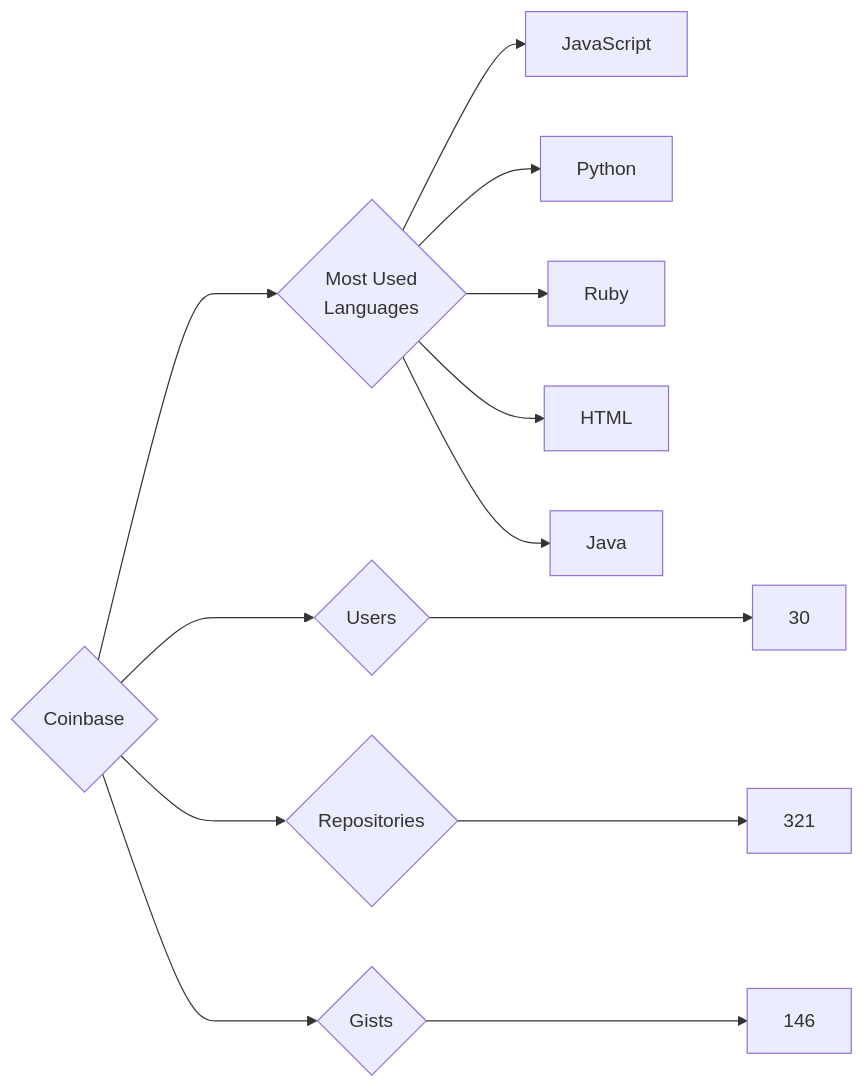
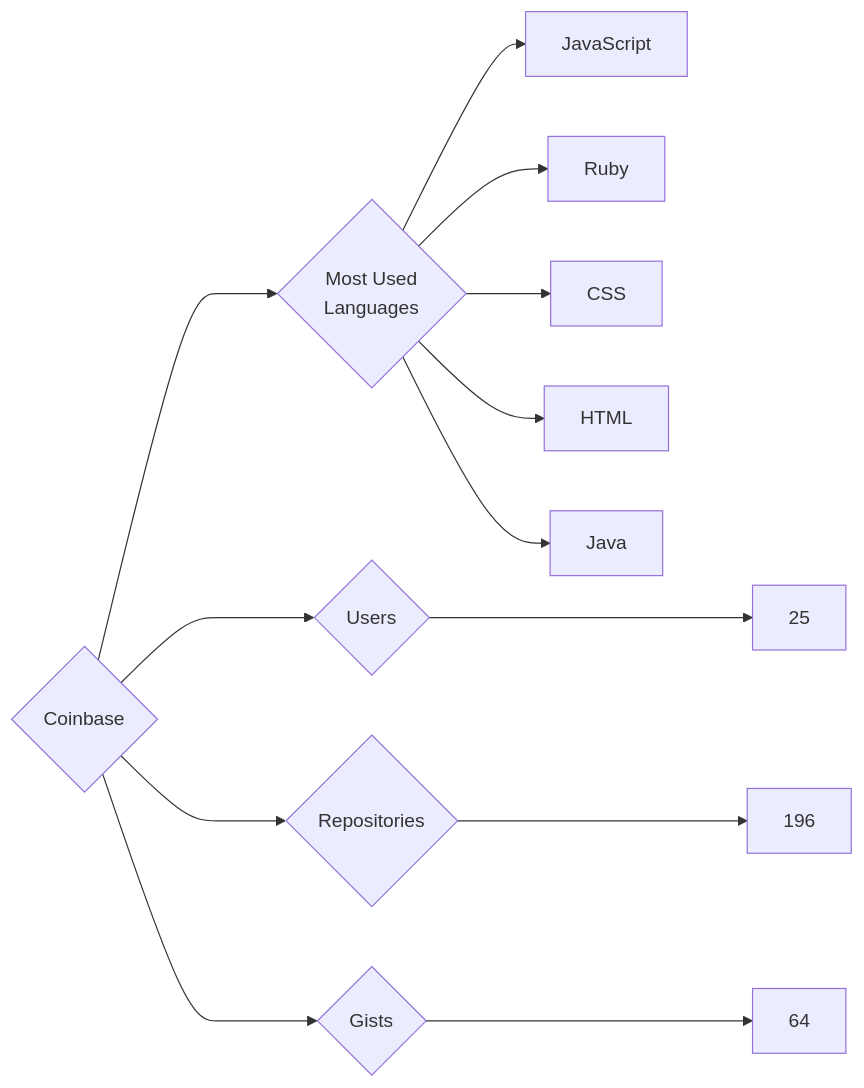
Before and after one commit to trickest/insiders: the diagram in targets/Coinbase/README.md, drawn with Mermaid. The commit also changed 714 other files, not shown here.

````diff
--- a/targets/Coinbase/README.md
+++ b/targets/Coinbase/README.md
@@ -3,13 +3,13 @@
 ```mermaid
 graph LR
 COMPANY_NAME{Coinbase}
-COMPANY_NAME ---> U{Users} ---> UN[30]
-COMPANY_NAME ---> R{Repositories} ---> RN[321]
-COMPANY_NAME ---> G{Gists} ---> GN[146]
+COMPANY_NAME ---> U{Users} ---> UN[25]
+COMPANY_NAME ---> R{Repositories} ---> RN[196]
+COMPANY_NAME ---> G{Gists} ---> GN[64]
 COMPANY_NAME ---> ML{Most Used<br>Languages}
 ML --> JavaScript[JavaScript]
-ML --> Python[Python]
 ML --> Ruby[Ruby]
+ML --> CSS[CSS]
 ML --> HTML[HTML]
 ML --> Java[Java]
 ```
````
